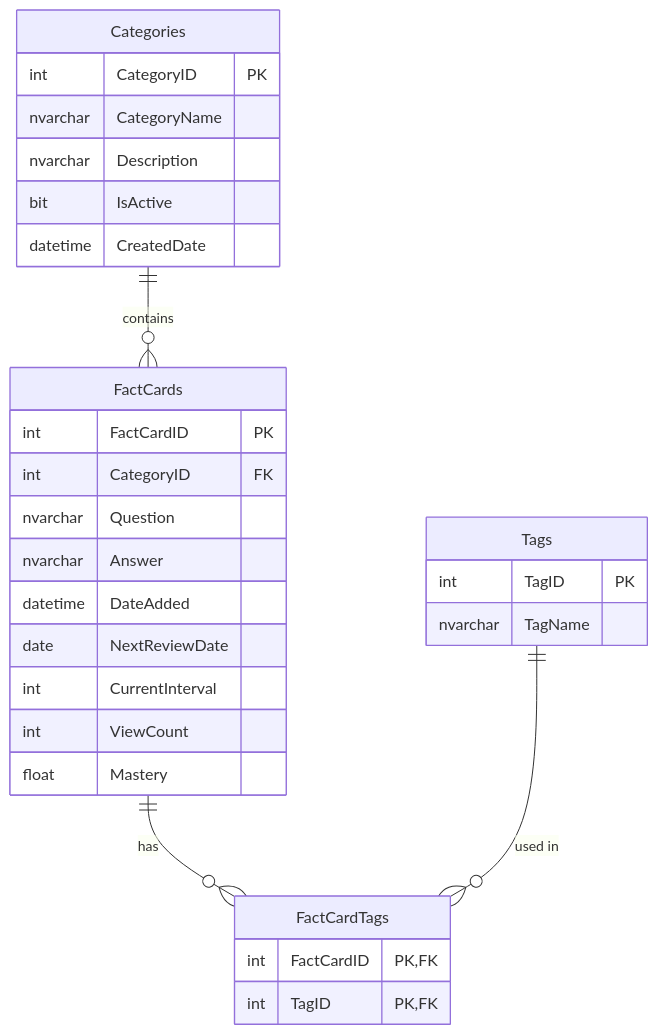
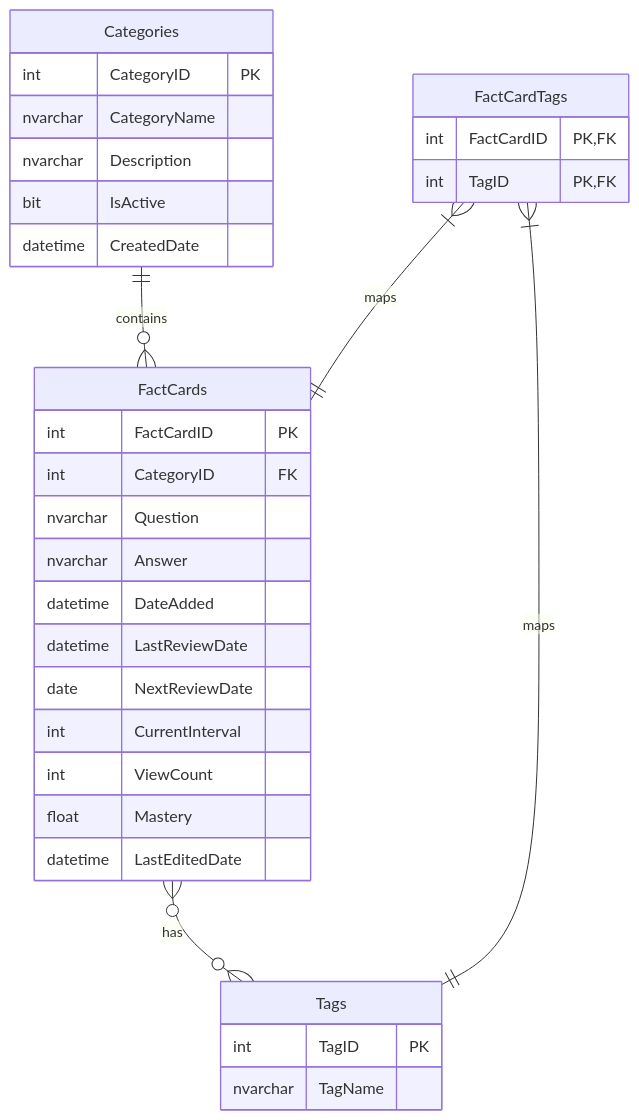
The diagram in database_setup/[ERD]DB_Tables.mmd (LordGauravB/FactDari), drawn with Mermaid before and after one commit. The commit also changed 7 other files, not shown here.

Commit message:
Added Analytics for graphs and charts on web application.

```diff
--- a/database_setup/[ERD]DB_Tables.mmd
+++ b/database_setup/[ERD]DB_Tables.mmd
@@ -1,34 +1,37 @@
 erDiagram
-    Categories ||--o{ FactCards : "contains"
-    FactCards ||--o{ FactCardTags : "has"
-    Tags ||--o{ FactCardTags : "used in"
-    
+    Categories ||--o{ FactCards : contains
+    FactCards }o--o{ Tags : has
+    FactCardTags }|--|| FactCards : maps
+    FactCardTags }|--|| Tags : maps
+
     Categories {
         int CategoryID PK
         nvarchar CategoryName
         nvarchar Description
         bit IsActive
         datetime CreatedDate
     }
-    
+
     FactCards {
         int FactCardID PK
         int CategoryID FK
         nvarchar Question
         nvarchar Answer
         datetime DateAdded
+        datetime LastReviewDate
         date NextReviewDate
         int CurrentInterval
         int ViewCount
         float Mastery
+        datetime LastEditedDate
     }
-    
+
     Tags {
         int TagID PK
         nvarchar TagName
     }
-    
+
     FactCardTags {
         int FactCardID PK,FK
         int TagID PK,FK
     }
```
